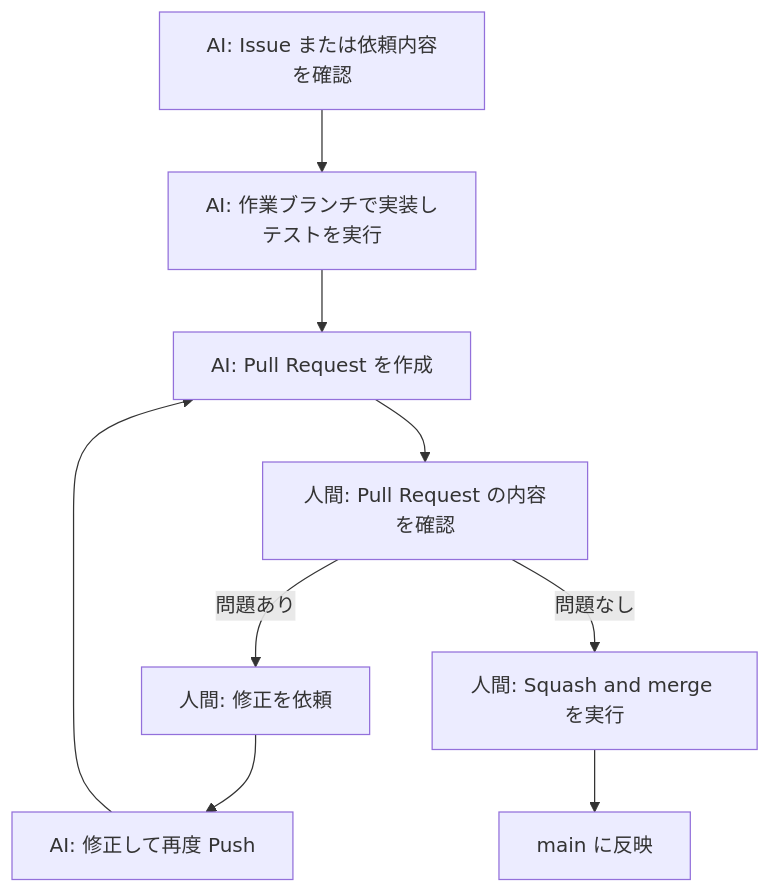
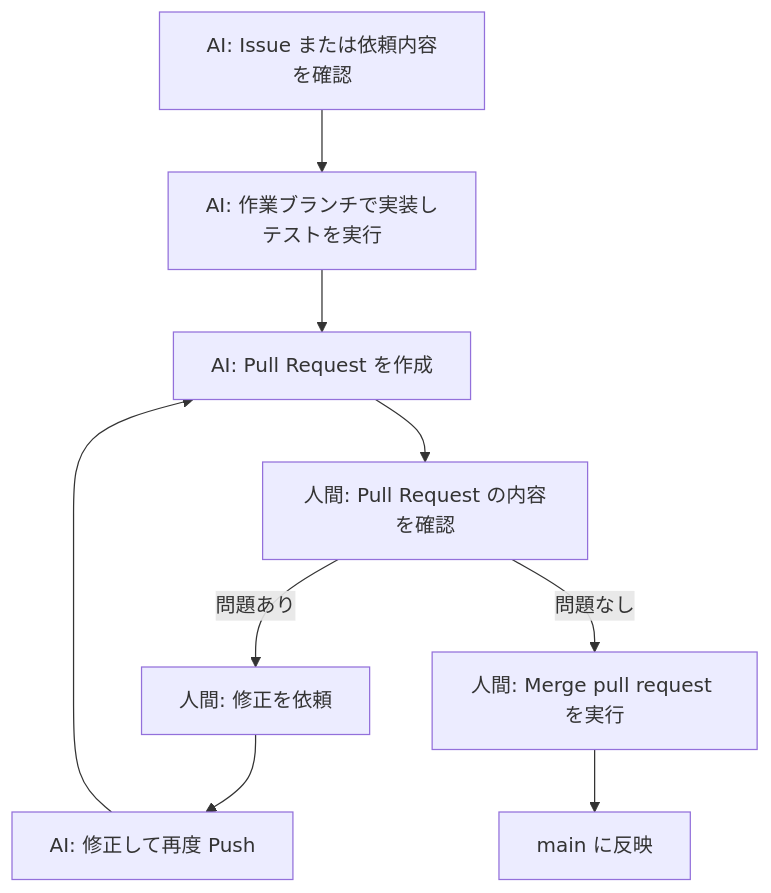
The second of 3 diagrams in ai/branch-rules.md (takashi-kawamoto/ai-tools-official-links), drawn with Mermaid before and after one commit. The commit also changed other lines of this file and 1 other file, not shown here.

First line of the commit message:
マージ方法をMerge pull requestに変更

````diff
--- a/ai/branch-rules.md
+++ b/ai/branch-rules.md
@@ -183,11 +183,11 @@
 ```mermaid
 flowchart TD
     A[AI: Issue または依頼内容を確認] --> B[AI: 作業ブランチで実装し<br>テストを実行]
     B --> C[AI: Pull Request を作成]
     C --> D[人間: Pull Request の内容を確認]
     D -->|問題あり| E[人間: 修正を依頼]
     E --> F[AI: 修正して再度 Push]
     F --> C
-    D -->|問題なし| G[人間: Squash and merge を実行]
+    D -->|問題なし| G[人間: Merge pull request を実行]
     G --> H[main に反映]
 ```
````
